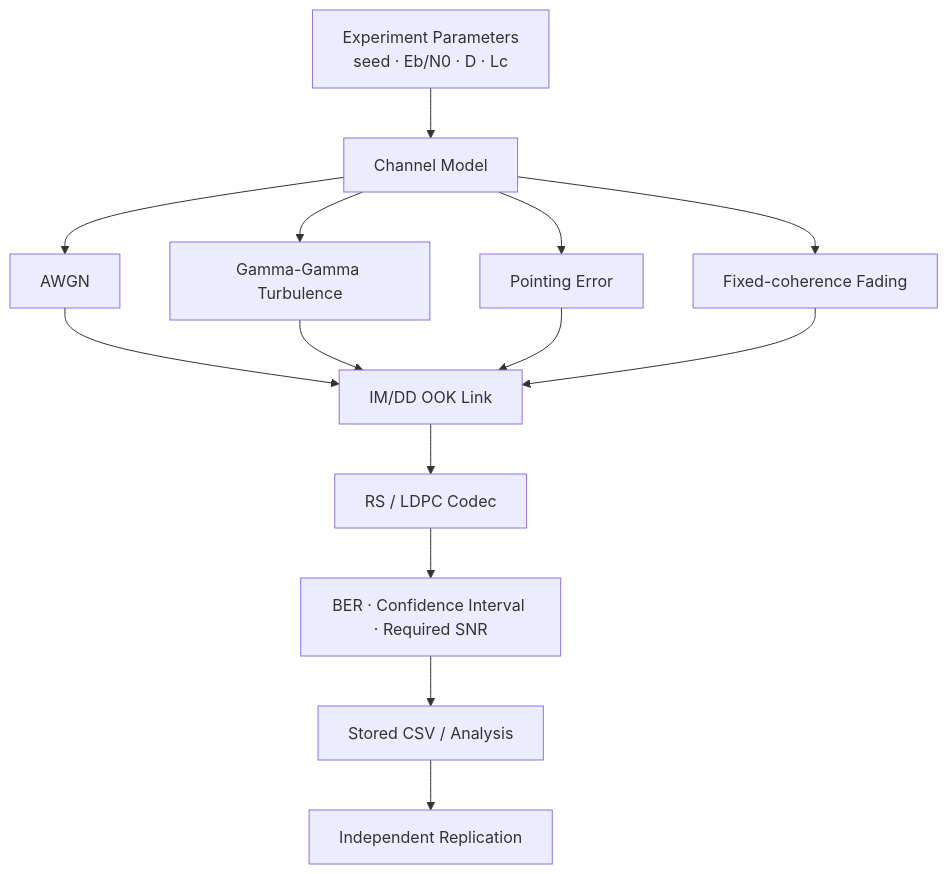
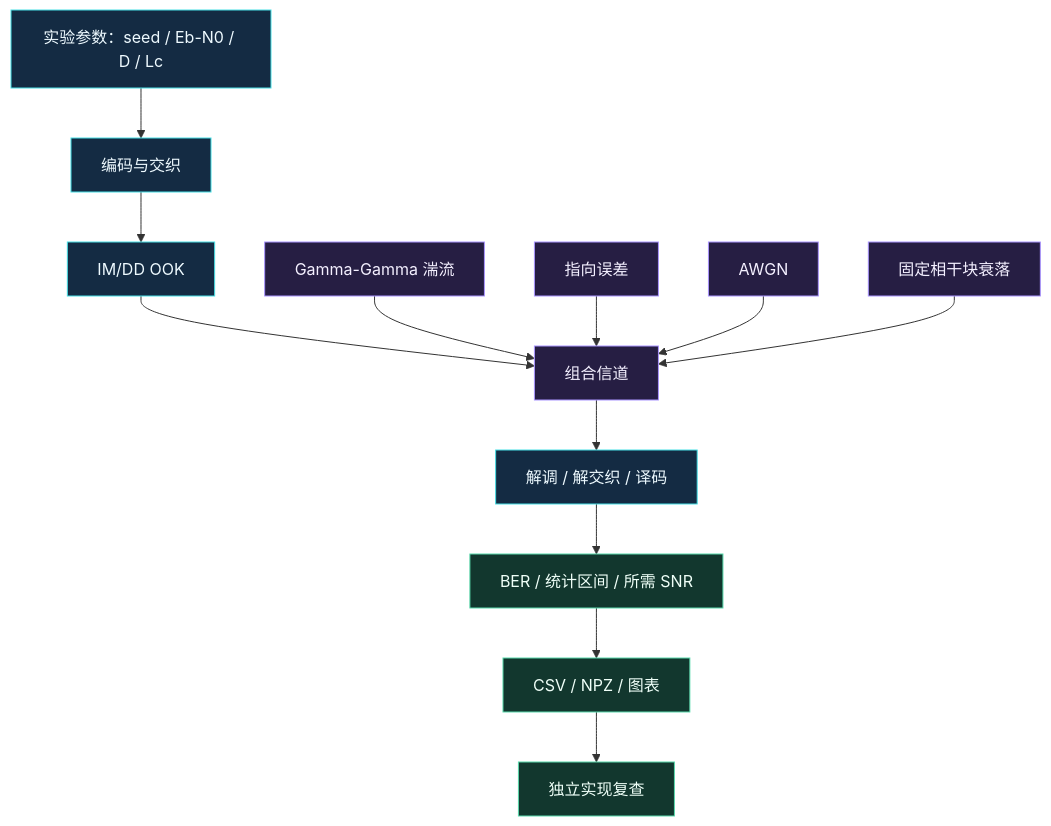
One commit to KristenYue/fso-coding-interleaving-simulator changed the diagram in README.md. Above: the diagram before and after it, drawn with Mermaid. The commit also changed other lines of this file, not shown here.

````diff
--- a/README.md
+++ b/README.md
@@ -47,16 +70,24 @@
 ```mermaid
 flowchart TB
-    P[Experiment Parameters\nseed · Eb/N0 · D · Lc] --> M[Channel Model]
-    M --> A[AWGN]
-    M --> G[Gamma-Gamma Turbulence]
-    M --> E[Pointing Error]
-    M --> F[Fixed-coherence Fading]
-    A --> L[IM/DD OOK Link]
-    G --> L
-    E --> L
-    F --> L
-    L --> C[RS / LDPC Codec]
-    C --> S[BER · Confidence Interval · Required SNR]
-    S --> R[Stored CSV / Analysis]
-    R --> X[Independent Replication]
+    P["实验参数：seed / Eb-N0 / D / Lc"] --> C["编码与交织"]
+    C --> O["IM/DD OOK"]
+
+    O --> CH["组合信道"]
+    G["Gamma-Gamma 湍流"] --> CH
+    E["指向误差"] --> CH
+    A["AWGN"] --> CH
+    F["固定相干块衰落"] --> CH
+
+    CH --> D["解调 / 解交织 / 译码"]
+    D --> S["BER / 统计区间 / 所需 SNR"]
+    S --> R["CSV / NPZ / 图表"]
+    R --> I["独立实现复查"]
+
+    classDef link fill:#142b43,stroke:#46dfe5,color:#eefaff;
+    classDef channel fill:#261e43,stroke:#aa95ff,color:#f4f0ff;
+    classDef result fill:#12372e,stroke:#58d9ac,color:#effff8;
+
+    class P,C,O,D link;
+    class CH,G,E,A,F channel;
+    class S,R,I result;
 ```
````
